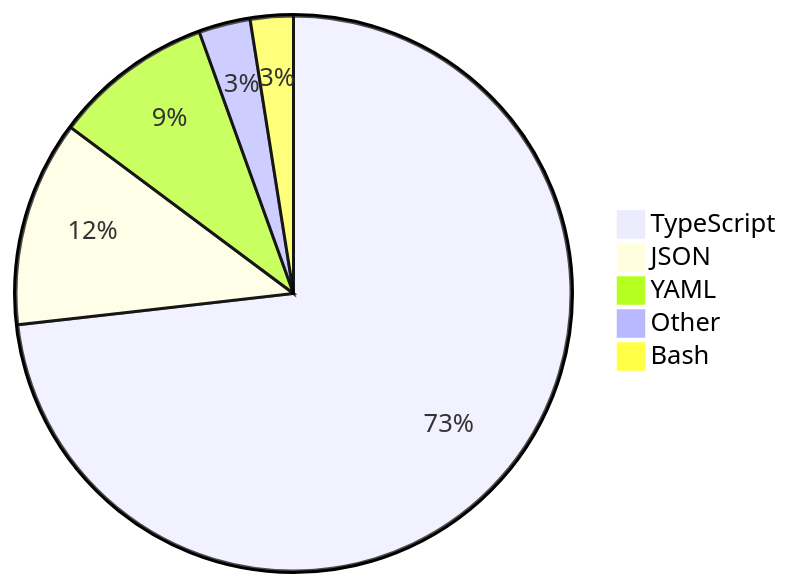
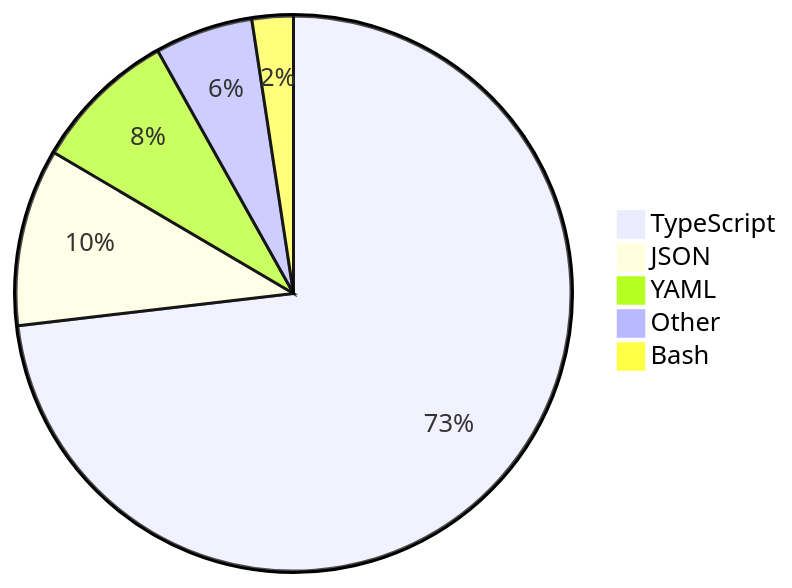
The diagram in README.md (skvggor/skvggor), drawn with Mermaid before and after one commit.

Commit message:
Updated waka-readme graph with new metrics

````diff
--- a/README.md
+++ b/README.md
@@ -14,8 +14,8 @@
 ```mermaid
 pie
-    "TypeScript" : 73.2
-    "JSON" : 12.0
-    "YAML" : 9.3
-    "Other" : 3.0
-    "Bash" : 2.5
+    "TypeScript" : 73.0
+    "JSON" : 10.3
+    "YAML" : 8.4
+    "Other" : 5.7
+    "Bash" : 2.4
 ```
````
